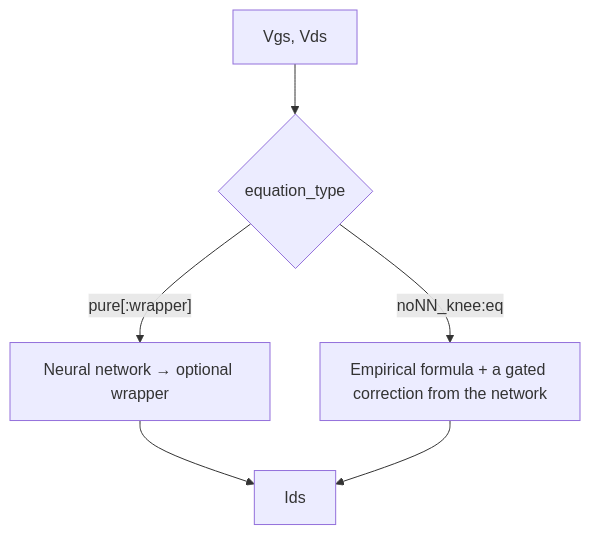
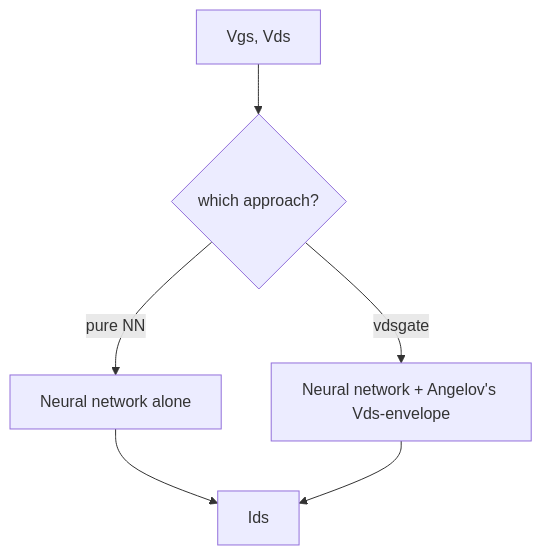
Before and after one commit to Angel-AD/transistor_modeling: the first of 5 diagrams in docs/MODEL_ARCHITECTURES.md, drawn with Mermaid. The commit also changed other lines of this file, not shown here.

First line of the commit message:
Restructure MODEL_ARCHITECTURES.md around what's actually used

````diff
--- a/docs/MODEL_ARCHITECTURES.md
+++ b/docs/MODEL_ARCHITECTURES.md
@@ -21,8 +20,8 @@
 ```mermaid
 flowchart TD
-    IN["Vgs, Vds"] --> SPLIT{"equation_type"}
-    SPLIT -->|"pure[:wrapper]"| PUREPATH["Neural network → optional wrapper"]
-    SPLIT -->|"noNN_knee:eq"| HYBRIDPATH["Empirical formula + a gated correction from the network"]
+    IN["Vgs, Vds"] --> SPLIT{"which approach?"}
+    SPLIT -->|"pure NN"| PUREPATH["Neural network alone"]
+    SPLIT -->|"vdsgate"| WRAPPATH["Neural network + Angelov's Vds-envelope"]
     PUREPATH --> OUT["Ids"]
-    HYBRIDPATH --> OUT
+    WRAPPATH --> OUT
 ```
````
